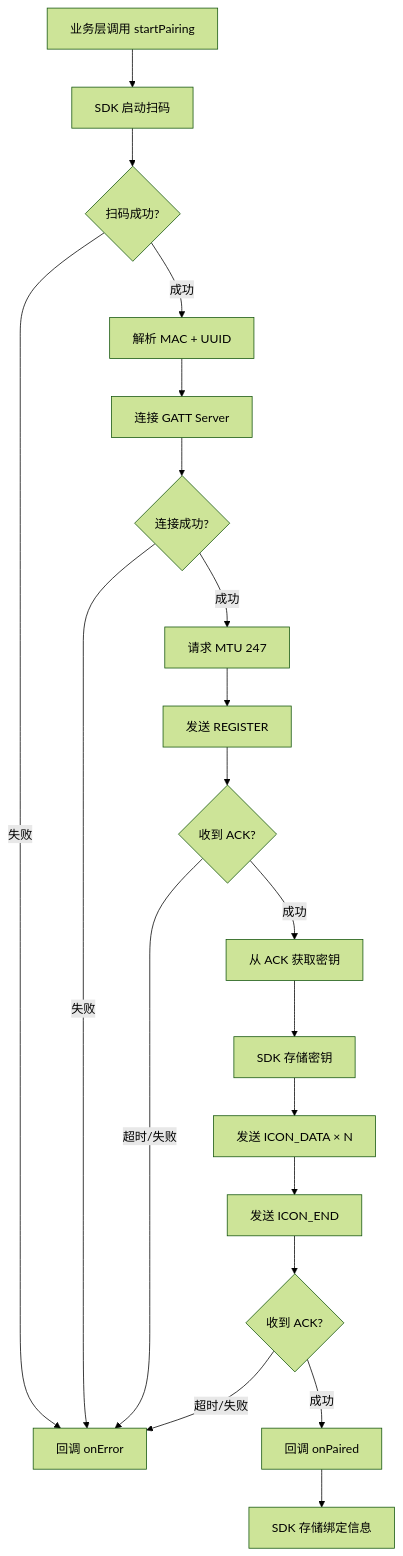
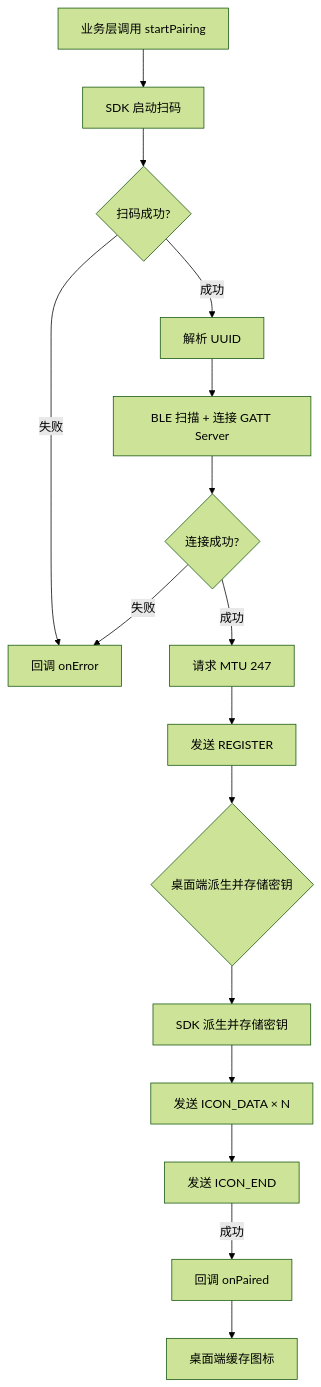
The fourth of 5 diagrams in docs/superpowers/specs/2026-07-10-ble-notification-sync-design.md (BladeFong/BleNotificationSync), drawn with Mermaid (forest theme) before and after one commit. The commit also changed other lines of this file and 7 other files, not shown here.

````diff
--- a/docs/superpowers/specs/2026-07-10-ble-notification-sync-design.md
+++ b/docs/superpowers/specs/2026-07-10-ble-notification-sync-design.md
@@ -340,22 +337,18 @@
 ```mermaid
 flowchart TD
     A[业务层调用 startPairing] --> B[SDK 启动扫码]
     B --> C{扫码成功?}
     C -->|失败| D[回调 onError]
-    C -->|成功| E[解析 MAC + UUID]
-    E --> F[连接 GATT Server]
+    C -->|成功| E[解析 UUID]
+    E --> F[BLE 扫描 + 连接 GATT Server]
     F --> G{连接成功?}
     G -->|失败| D
     G -->|成功| H[请求 MTU 247]
     H --> I[发送 REGISTER]
-    I --> J{收到 ACK?}
-    J -->|超时/失败| D
-    J -->|成功| K[从 ACK 获取密钥]
-    K --> K2[SDK 存储密钥]
-    K2 --> L[发送 ICON_DATA × N]
+    I --> J{桌面端派生并存储密钥}
+    J --> K[SDK 派生并存储密钥]
+    K --> L[发送 ICON_DATA × N]
     L --> M[发送 ICON_END]
-    M --> N{收到 ACK?}
-    N -->|超时/失败| D
-    N -->|成功| O[回调 onPaired]
-    O --> P[SDK 存储绑定信息]
+    M -->|成功| N[回调 onPaired]
+    N --> O[桌面端缓存图标]
 ```
````
